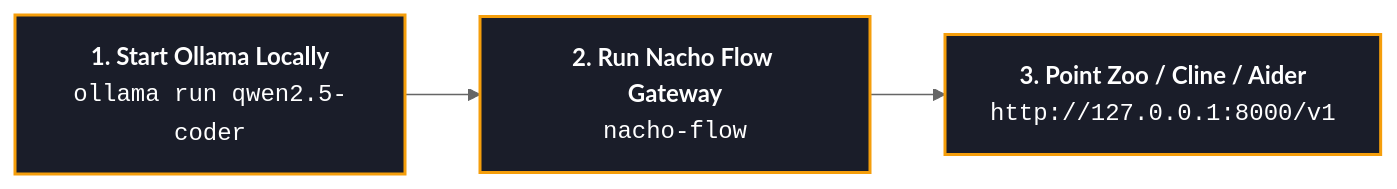
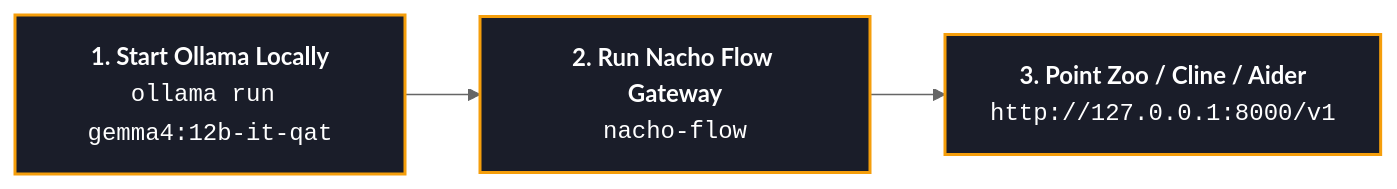
Before and after one commit to dixieflatline76/nacho-flow: the first of 3 diagrams in site/docs/USER_GUIDE.md, drawn with Mermaid (neutral theme). The commit also changed other lines of this file and 13 other files, not shown here.

First line of the commit message:
feat(config): add schema versioning, template comparison, and Ollama 32k docs (#59)

````diff
--- a/site/docs/USER_GUIDE.md
+++ b/site/docs/USER_GUIDE.md
@@ -29,11 +31,11 @@
 ```mermaid
 flowchart LR
-    Step1["<b>1. Start Ollama Locally</b><br/><code>ollama run qwen2.5-coder</code>"]
+    Step1["<b>1. Start Ollama Locally</b><br/><code>ollama run gemma4:12b-it-qat</code>"]
     Step2["<b>2. Run Nacho Flow Gateway</b><br/><code>nacho-flow</code>"]
     Step3["<b>3. Point Zoo / Cline / Aider</b><br/><code>http://127.0.0.1:8000/v1</code>"]
 
     Step1 --> Step2 --> Step3
 
     classDef step fill:#1a1d29,stroke:#f59e0b,stroke-width:2px,color:#ffffff;
     class Step1,Step2,Step3 step;
 ```
````
